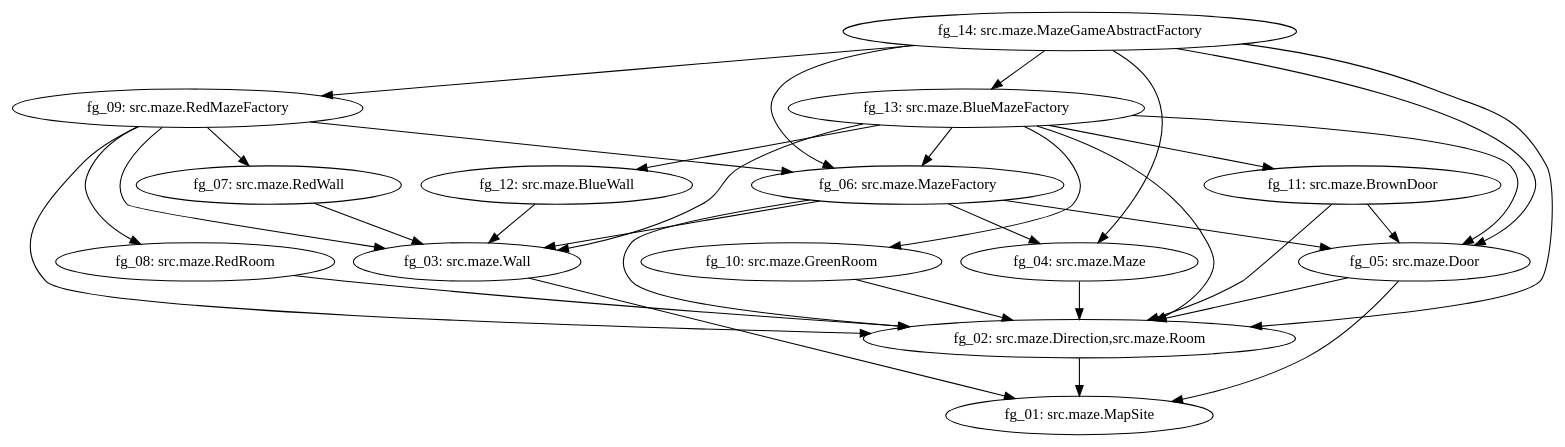
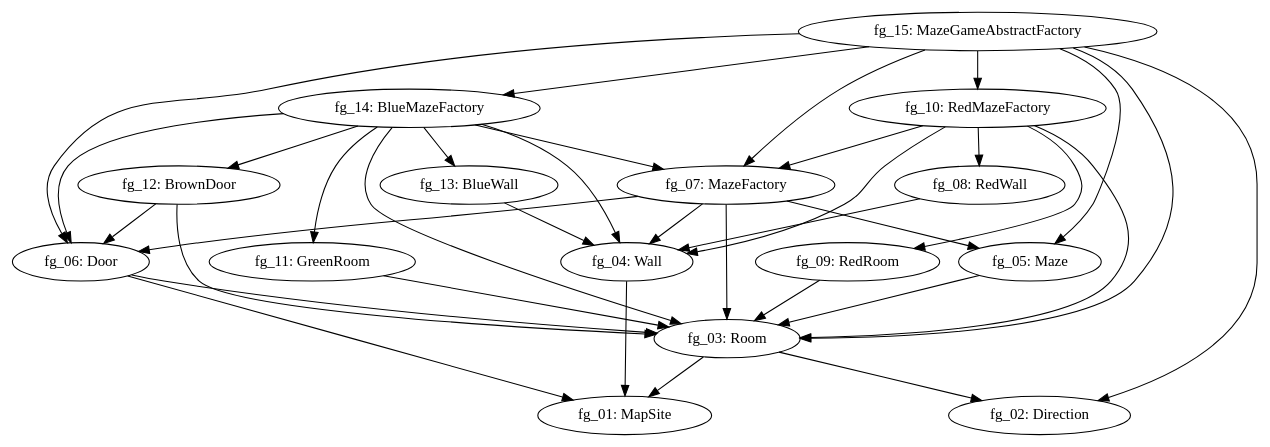
The diagram in files/mazegame/mazegame_UH.dot (FrankHZFang/ArchData), drawn with Graphviz before and after one commit. The commit also changed 4541 other files, not shown here.

```diff
--- a/files/mazegame/mazegame_UH.dot
+++ b/files/mazegame/mazegame_UH.dot
@@ -1,35 +1,37 @@
 digraph G { 
-"fg_02: src.maze.Direction,src.maze.Room" -> "fg_01: src.maze.MapSite"; 
-"fg_03: src.maze.Wall" -> "fg_01: src.maze.MapSite"; 
-"fg_04: src.maze.Maze" -> "fg_02: src.maze.Direction,src.maze.Room"; 
-"fg_05: src.maze.Door" -> "fg_01: src.maze.MapSite"; 
-"fg_05: src.maze.Door" -> "fg_02: src.maze.Direction,src.maze.Room"; 
-"fg_06: src.maze.MazeFactory" -> "fg_04: src.maze.Maze"; 
-"fg_06: src.maze.MazeFactory" -> "fg_05: src.maze.Door"; 
-"fg_06: src.maze.MazeFactory" -> "fg_03: src.maze.Wall"; 
-"fg_06: src.maze.MazeFactory" -> "fg_02: src.maze.Direction,src.maze.Room"; 
-"fg_07: src.maze.RedWall" -> "fg_03: src.maze.Wall"; 
-"fg_08: src.maze.RedRoom" -> "fg_02: src.maze.Direction,src.maze.Room"; 
-"fg_09: src.maze.RedMazeFactory" -> "fg_06: src.maze.MazeFactory"; 
-"fg_09: src.maze.RedMazeFactory" -> "fg_07: src.maze.RedWall"; 
-"fg_09: src.maze.RedMazeFactory" -> "fg_03: src.maze.Wall"; 
-"fg_09: src.maze.RedMazeFactory" -> "fg_08: src.maze.RedRoom"; 
-"fg_09: src.maze.RedMazeFactory" -> "fg_02: src.maze.Direction,src.maze.Room"; 
-"fg_10: src.maze.GreenRoom" -> "fg_02: src.maze.Direction,src.maze.Room"; 
-"fg_11: src.maze.BrownDoor" -> "fg_05: src.maze.Door"; 
-"fg_11: src.maze.BrownDoor" -> "fg_02: src.maze.Direction,src.maze.Room"; 
-"fg_12: src.maze.BlueWall" -> "fg_03: src.maze.Wall"; 
-"fg_13: src.maze.BlueMazeFactory" -> "fg_05: src.maze.Door"; 
-"fg_13: src.maze.BlueMazeFactory" -> "fg_06: src.maze.MazeFactory"; 
-"fg_13: src.maze.BlueMazeFactory" -> "fg_03: src.maze.Wall"; 
-"fg_13: src.maze.BlueMazeFactory" -> "fg_11: src.maze.BrownDoor"; 
-"fg_13: src.maze.BlueMazeFactory" -> "fg_02: src.maze.Direction,src.maze.Room"; 
-"fg_13: src.maze.BlueMazeFactory" -> "fg_10: src.maze.GreenRoom"; 
-"fg_13: src.maze.BlueMazeFactory" -> "fg_12: src.maze.BlueWall"; 
-"fg_14: src.maze.MazeGameAbstractFactory" -> "fg_04: src.maze.Maze"; 
-"fg_14: src.maze.MazeGameAbstractFactory" -> "fg_09: src.maze.RedMazeFactory"; 
-"fg_14: src.maze.MazeGameAbstractFactory" -> "fg_05: src.maze.Door"; 
-"fg_14: src.maze.MazeGameAbstractFactory" -> "fg_06: src.maze.MazeFactory"; 
-"fg_14: src.maze.MazeGameAbstractFactory" -> "fg_13: src.maze.BlueMazeFactory"; 
-"fg_14: src.maze.MazeGameAbstractFactory" -> "fg_02: src.maze.Direction,src.maze.Room"; 
+"fg_03: Room" -> "fg_02: Direction"; 
+"fg_03: Room" -> "fg_01: MapSite"; 
+"fg_04: Wall" -> "fg_01: MapSite"; 
+"fg_05: Maze" -> "fg_03: Room"; 
+"fg_06: Door" -> "fg_03: Room"; 
+"fg_06: Door" -> "fg_01: MapSite"; 
+"fg_07: MazeFactory" -> "fg_05: Maze"; 
+"fg_07: MazeFactory" -> "fg_03: Room"; 
+"fg_07: MazeFactory" -> "fg_06: Door"; 
+"fg_07: MazeFactory" -> "fg_04: Wall"; 
+"fg_08: RedWall" -> "fg_04: Wall"; 
+"fg_09: RedRoom" -> "fg_03: Room"; 
+"fg_10: RedMazeFactory" -> "fg_09: RedRoom"; 
+"fg_10: RedMazeFactory" -> "fg_03: Room"; 
+"fg_10: RedMazeFactory" -> "fg_07: MazeFactory"; 
+"fg_10: RedMazeFactory" -> "fg_08: RedWall"; 
+"fg_10: RedMazeFactory" -> "fg_04: Wall"; 
+"fg_11: GreenRoom" -> "fg_03: Room"; 
+"fg_12: BrownDoor" -> "fg_03: Room"; 
+"fg_12: BrownDoor" -> "fg_06: Door"; 
+"fg_13: BlueWall" -> "fg_04: Wall"; 
+"fg_14: BlueMazeFactory" -> "fg_11: GreenRoom"; 
+"fg_14: BlueMazeFactory" -> "fg_12: BrownDoor"; 
+"fg_14: BlueMazeFactory" -> "fg_13: BlueWall"; 
+"fg_14: BlueMazeFactory" -> "fg_03: Room"; 
+"fg_14: BlueMazeFactory" -> "fg_07: MazeFactory"; 
+"fg_14: BlueMazeFactory" -> "fg_06: Door"; 
+"fg_14: BlueMazeFactory" -> "fg_04: Wall"; 
+"fg_15: MazeGameAbstractFactory" -> "fg_02: Direction"; 
+"fg_15: MazeGameAbstractFactory" -> "fg_05: Maze"; 
+"fg_15: MazeGameAbstractFactory" -> "fg_14: BlueMazeFactory"; 
+"fg_15: MazeGameAbstractFactory" -> "fg_10: RedMazeFactory"; 
+"fg_15: MazeGameAbstractFactory" -> "fg_03: Room"; 
+"fg_15: MazeGameAbstractFactory" -> "fg_07: MazeFactory"; 
+"fg_15: MazeGameAbstractFactory" -> "fg_06: Door"; 
 }
```
